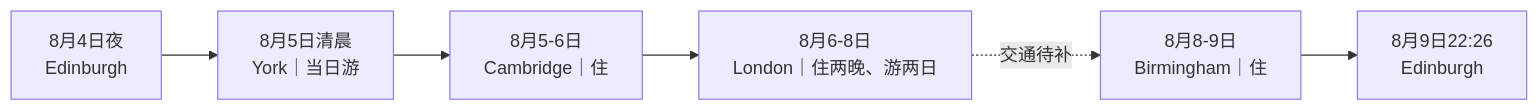
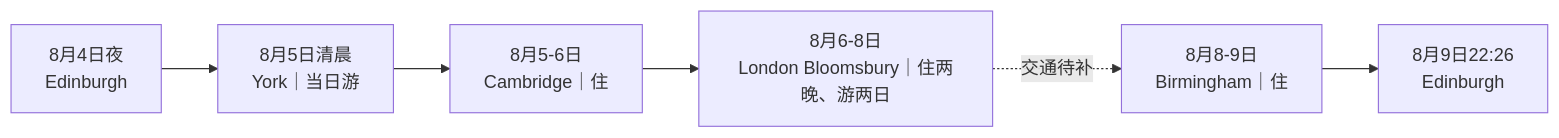
The diagram in 个人/2026-08-04夜至09 英格兰五城铁路游_DOCX南下路线版.md (huangning-ring/obsidian-vault), drawn with Mermaid before and after one commit. The commit also changed other lines of this file and 4 other files, not shown here.

````diff
--- a/个人/2026-08-04夜至09 英格兰五城铁路游_DOCX南下路线版.md
+++ b/个人/2026-08-04夜至09 英格兰五城铁路游_DOCX南下路线版.md
@@ -24,8 +25,8 @@
 ```mermaid
 flowchart LR
     EDB[8月4日夜<br/>Edinburgh] --> YRK[8月5日清晨<br/>York｜当日游]
     YRK --> CBG[8月5-6日<br/>Cambridge｜住]
-    CBG --> LON[8月6-8日<br/>London｜住两晚、游两日]
+    CBG --> LON[8月6-8日<br/>London Bloomsbury｜住两晚、游两日]
     LON -. 交通待补 .-> BHM[8月8-9日<br/>Birmingham｜住]
     BHM --> EDB2[8月9日22:26<br/>Edinburgh]
 ```
````
